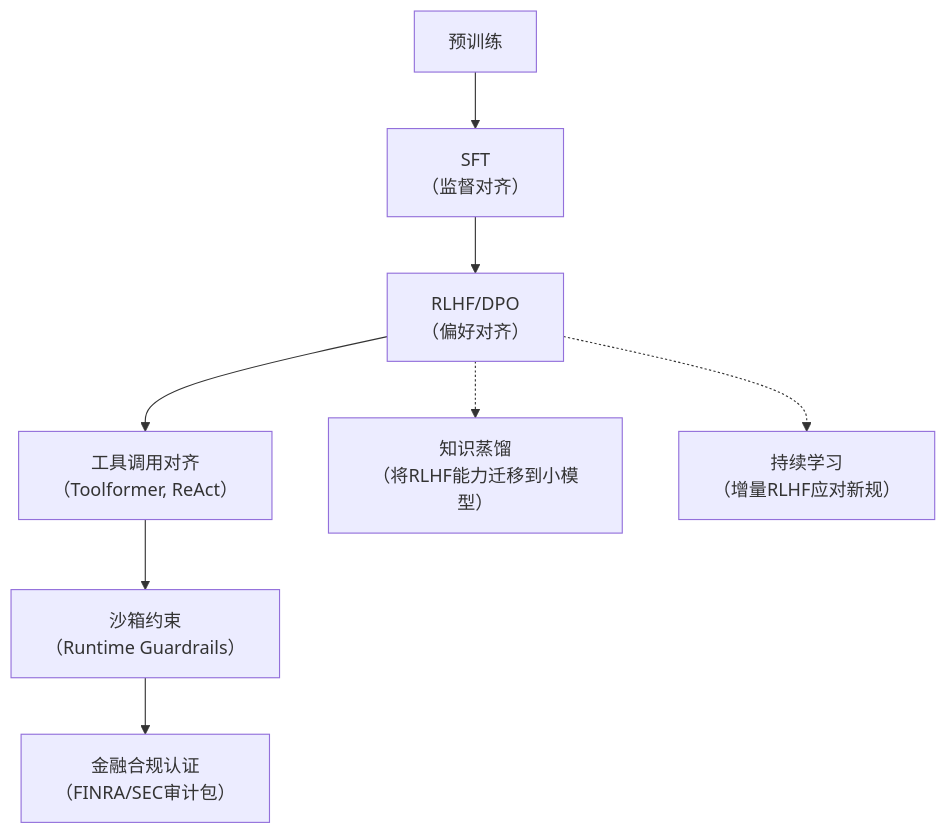
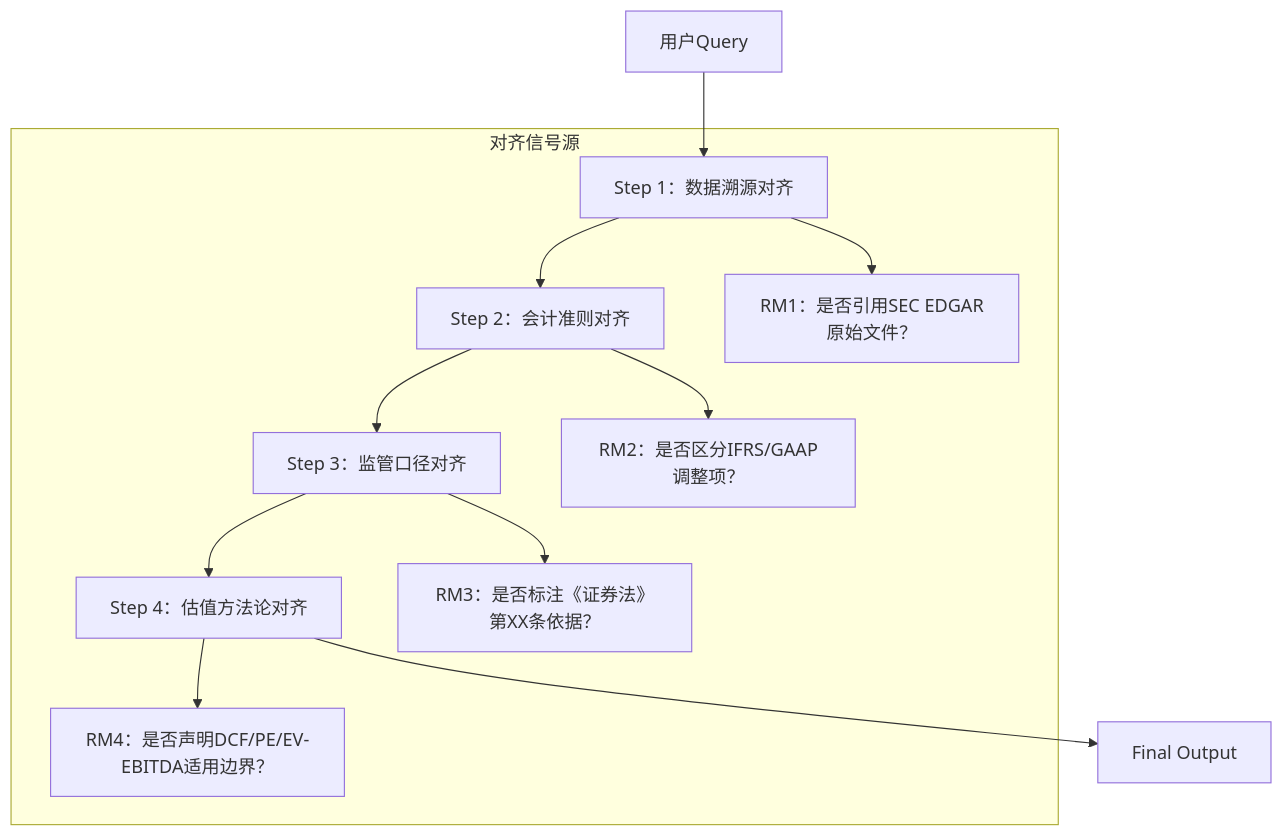
One commit to liuwei1993/ai-llm-agent-knowledge changed the diagram in 08-微调与训练/强化学习对齐.md. Above: the diagram before and after it, drawn with Mermaid. The commit also changed other lines of this file and 1 other file, not shown here.

````diff
--- a/08-微调与训练/强化学习对齐.md
+++ b/08-微调与训练/强化学习对齐.md
@@ -223,11 +109,15 @@
 ```mermaid
 graph TD
-A[预训练] --> B[SFT<br>（监督对齐）]
-B --> C[RLHF/DPO<br>（偏好对齐）]
-C --> D[工具调用对齐<br>（Toolformer, ReAct）]
-D --> E[沙箱约束<br>（Runtime Guardrails）]
-E --> F[金融合规认证<br>（FINRA/SEC审计包）]
+A[用户Query] --> B[Step 1：数据溯源对齐]
+B --> C[Step 2：会计准则对齐]
+C --> D[Step 3：监管口径对齐]
+D --> E[Step 4：估值方法论对齐]
+E --> F[Final Output]
 
-C -.-> G[知识蒸馏<br>（将RLHF能力迁移到小模型）]
-C -.-> H[持续学习<br>（增量RLHF应对新规）]
+subgraph 对齐信号源
+B --> B1["RM1：是否引用SEC EDGAR原始文件？"]
+C --> C1["RM2：是否区分IFRS/GAAP调整项？"]
+D --> D1["RM3：是否标注《证券法》第XX条依据？"]
+E --> E1["RM4：是否声明DCF/PE/EV-EBITDA适用边界？"]
+end
 ```
````
